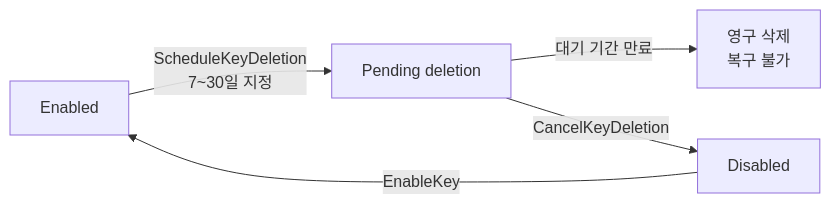
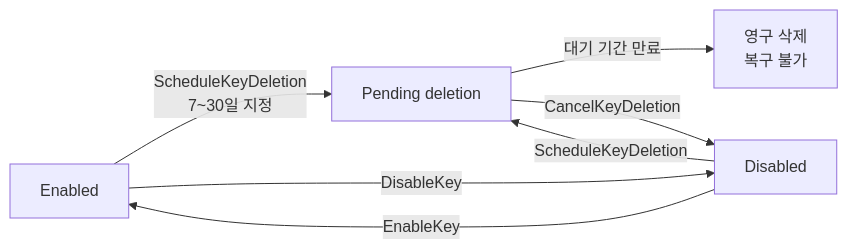
Before and after one commit to dotoryeee/blog: the first of 2 diagrams in docs/blog/posts/Cloud Infra/kms_key_deletion.md, drawn with Mermaid. The commit also changed other lines of this file and 1 other file, not shown here.

Commit message:
update: 검증 반영 - sse-kms tls 강제 정정, sse-c 차단 범위·읽기 동작 보강, 버킷 정책 서비스 주체 예외 추가

````diff
--- a/docs/blog/posts/Cloud Infra/kms_key_deletion.md
+++ b/docs/blog/posts/Cloud Infra/kms_key_deletion.md
@@ -45,7 +45,9 @@
 ```mermaid
 graph LR
     A[Enabled] -->|ScheduleKeyDeletion<br>7~30일 지정| B[Pending deletion]
+    D[Disabled] -->|ScheduleKeyDeletion| B
     B -->|대기 기간 만료| C[영구 삭제<br>복구 불가]
-    B -->|CancelKeyDeletion| D[Disabled]
+    B -->|CancelKeyDeletion| D
     D -->|EnableKey| A
+    A -->|DisableKey| D
 ```
````
